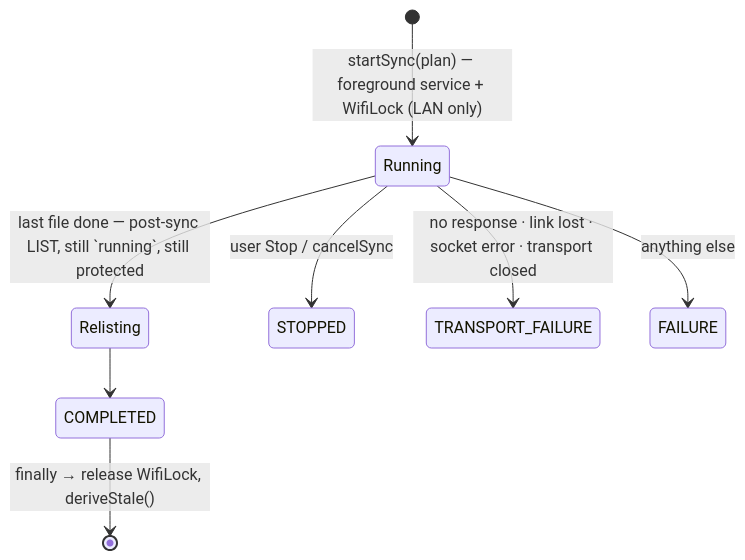
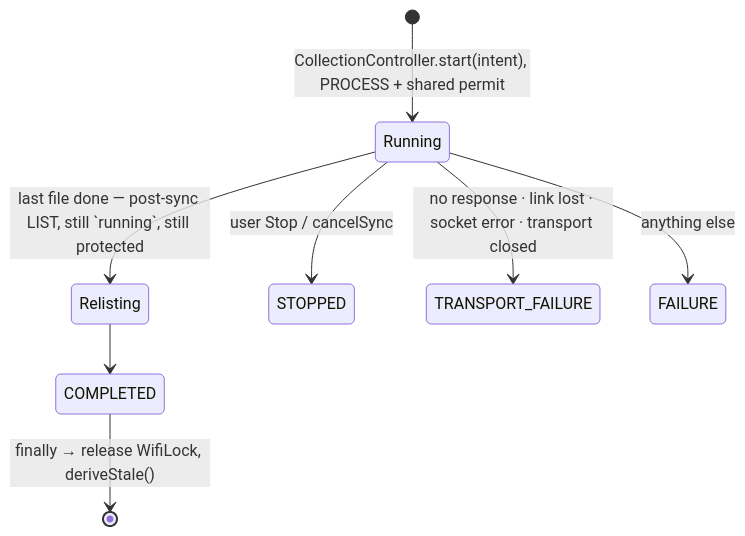
Before and after one commit to walkthru-earth/opensensor-space-mobile: the fourth of 4 diagrams in docs/sync-engine.md, drawn with Mermaid. The commit also changed other lines of this file and 34 other files, not shown here.

````diff
--- a/docs/sync-engine.md
+++ b/docs/sync-engine.md
@@ -268,10 +276,10 @@
 ```mermaid
 stateDiagram-v2
-  [*] --> Running: startSync(plan) — foreground service + WifiLock (LAN only)
+  [*] --> Running: CollectionController.start(intent), PROCESS + shared permit
   Running --> Relisting: last file done — post-sync LIST, still `running`, still protected
   Relisting --> COMPLETED
   Running --> STOPPED: user Stop / cancelSync
   Running --> TRANSPORT_FAILURE: no response · link lost · socket error · transport closed
   Running --> FAILURE: anything else
   COMPLETED --> [*]: finally → release WifiLock, deriveStale()
 ```
````
